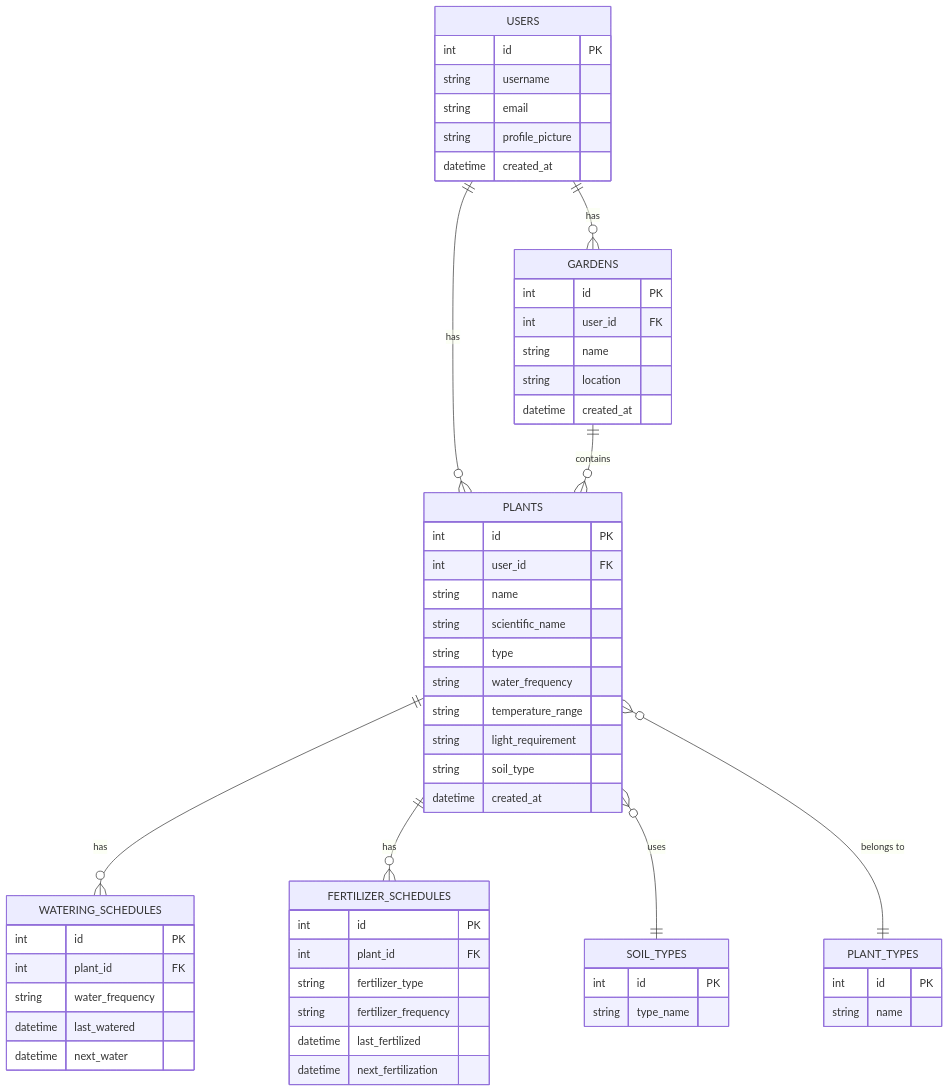
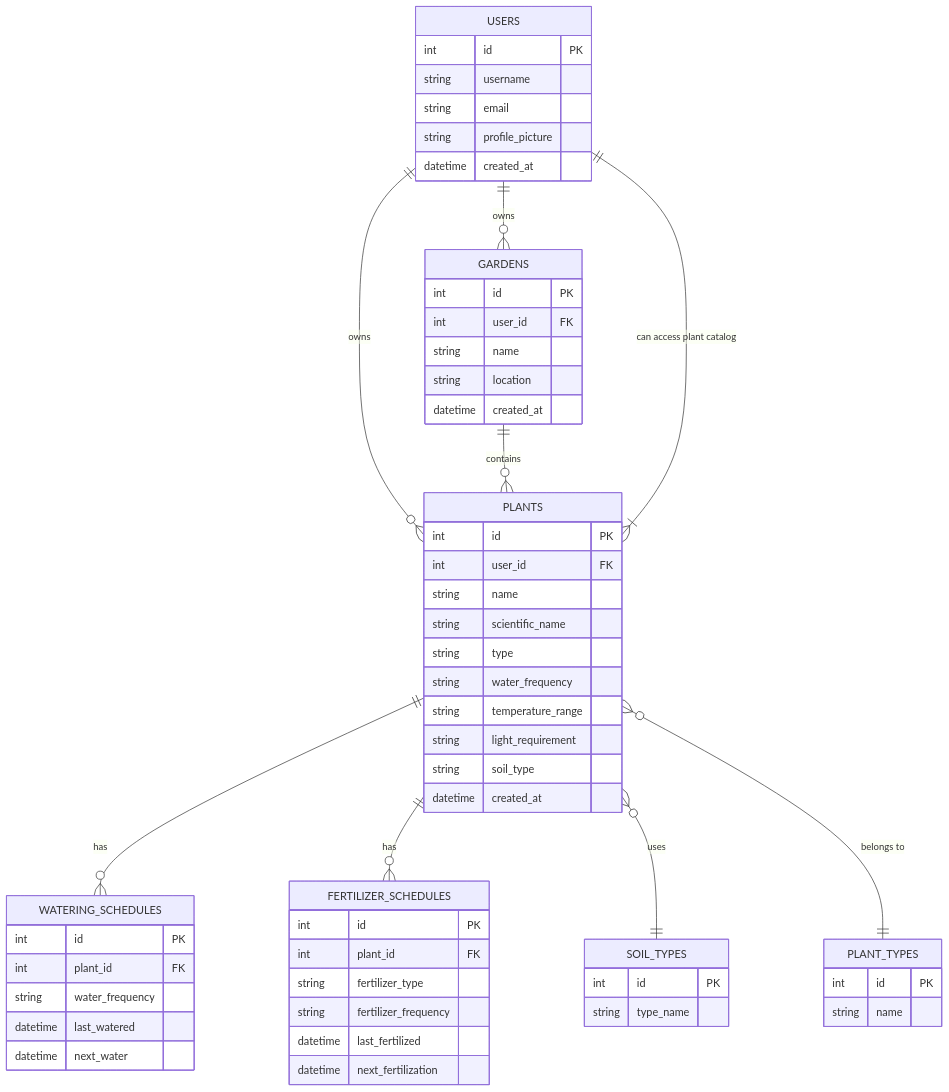
The diagram in green-fingers/docs/SoftwareArchitectureDocument.md (Green-Fingers-App/gardeningApp), drawn with Mermaid before and after one commit.

````diff
--- a/green-fingers/docs/SoftwareArchitectureDocument.md
+++ b/green-fingers/docs/SoftwareArchitectureDocument.md
@@ -80,60 +80,64 @@
 ```mermaid
 erDiagram
     USERS {
         int id PK
         string username
         string email
         string profile_picture
         datetime created_at
     }
     PLANTS {
         int id PK
         int user_id FK
         string name
         string scientific_name
         string type
         string water_frequency
         string temperature_range
         string light_requirement
         string soil_type
         datetime created_at
     }
     GARDENS {
         int id PK
         int user_id FK
         string name
         string location
         datetime created_at
     }
     WATERING_SCHEDULES {
         int id PK
         int plant_id FK
         string water_frequency
         datetime last_watered
         datetime next_water
     }
     FERTILIZER_SCHEDULES {
         int id PK
         int plant_id FK
         string fertilizer_type
         string fertilizer_frequency
         datetime last_fertilized
         datetime next_fertilization
     }
     SOIL_TYPES {
         int id PK
         string type_name
     }
     PLANT_TYPES {
         int id PK
         string name
     }
 
-    USERS ||--o{ PLANTS : "has"
-    USERS ||--o{ GARDENS : "has"
+    %% Define relationships to indicate subcollections
+    USERS ||--o{ PLANTS : "owns" 
+    USERS ||--o{ GARDENS : "owns"
     PLANTS ||--o{ WATERING_SCHEDULES : "has"
     PLANTS ||--o{ FERTILIZER_SCHEDULES : "has"
     PLANTS }o--|| SOIL_TYPES : "uses"
     PLANTS }o--|| PLANT_TYPES : "belongs to"
     GARDENS ||--o{ PLANTS : "contains"
+    
+    %% Additional Relationships for Shared Collections
+    USERS ||--|{ PLANTS : "can access plant catalog"
 ```
````
